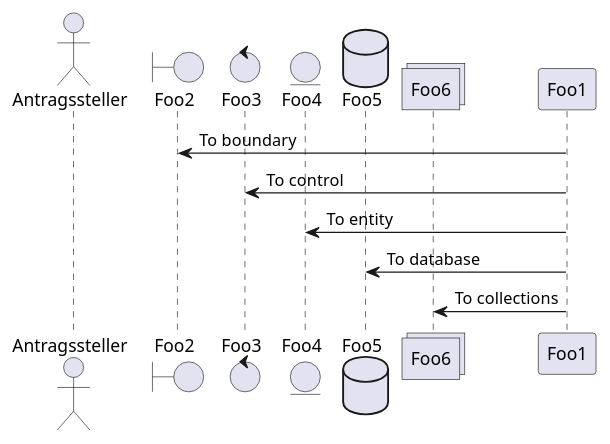
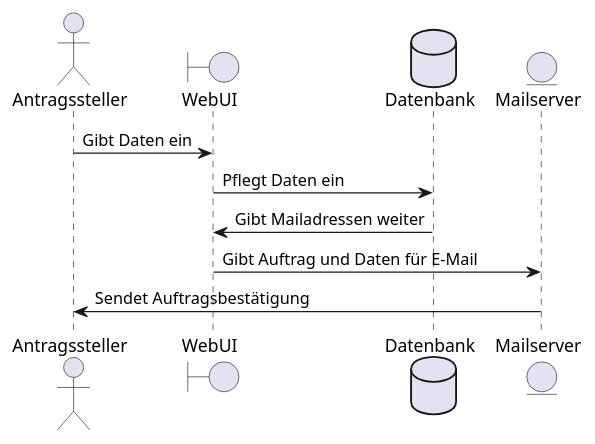
Before and after one commit to ABV-Tool/ABV_Tool: the second of 2 diagrams in docs_SE_II/Entwicklerdokumentation/Entwicklerdokumentation.adoc, drawn with PlantUML. The commit also changed other lines of this file and 2 other files, not shown here.

```diff
--- a/docs_SE_II/Entwicklerdokumentation/Entwicklerdokumentation.adoc
+++ b/docs_SE_II/Entwicklerdokumentation/Entwicklerdokumentation.adoc
@@ -106,15 +108,16 @@
-[plantuml, "{diagramsdir}/sequenzdiagramm", svg]
+[plantuml, "{diagramsdir}/sequenzdiagramm_antragsteller", svg]
 ....
 actor Antragssteller
-boundary Foo2
-control Foo3
-entity Foo4
-database Foo5
-collections Foo6
-Foo1 -> Foo2 : To boundary
-Foo1 -> Foo3 : To control
-Foo1 -> Foo4 : To entity
-Foo1 -> Foo5 : To database
-Foo1 -> Foo6 : To collections
+boundary WebUI
+database Datenbank
+entity Mailserver
+
+Antragssteller -> WebUI : Gibt Daten ein
+WebUI -> Datenbank : Pflegt Daten ein
+Datenbank -> WebUI : Gibt Mailadressen weiter
+WebUI -> Mailserver : Gibt Auftrag und Daten für E-Mail
+Mailserver -> Antragssteller : Sendet Auftragsbestätigung
+
+
 
 ....
```
